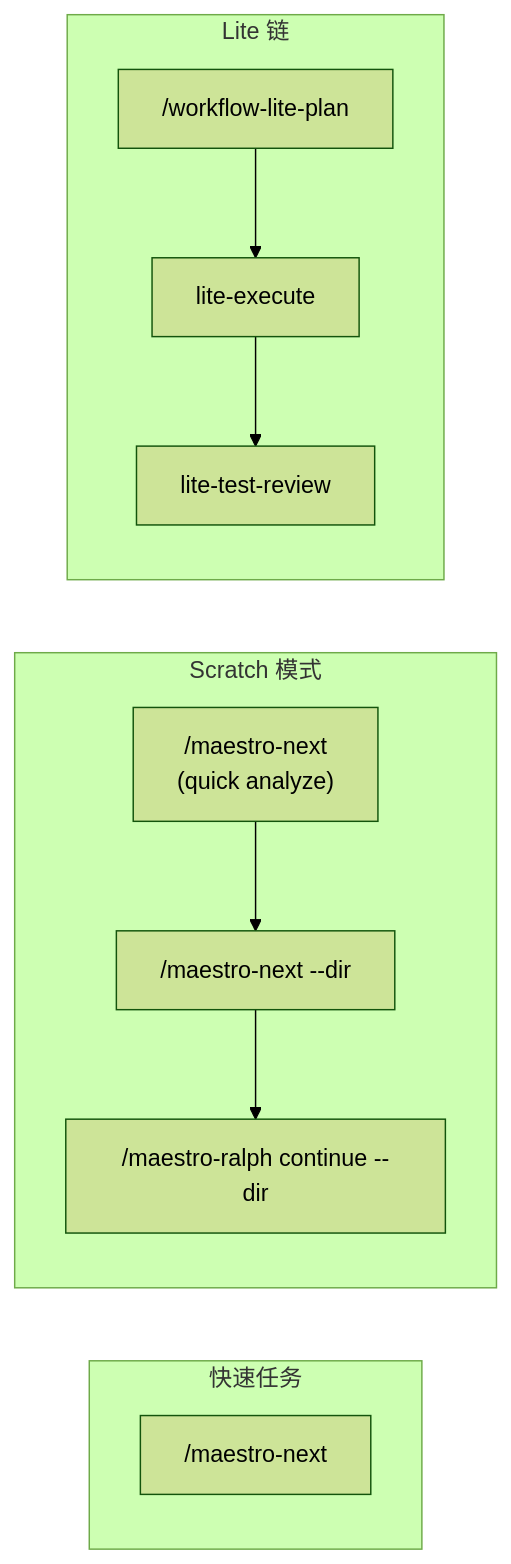
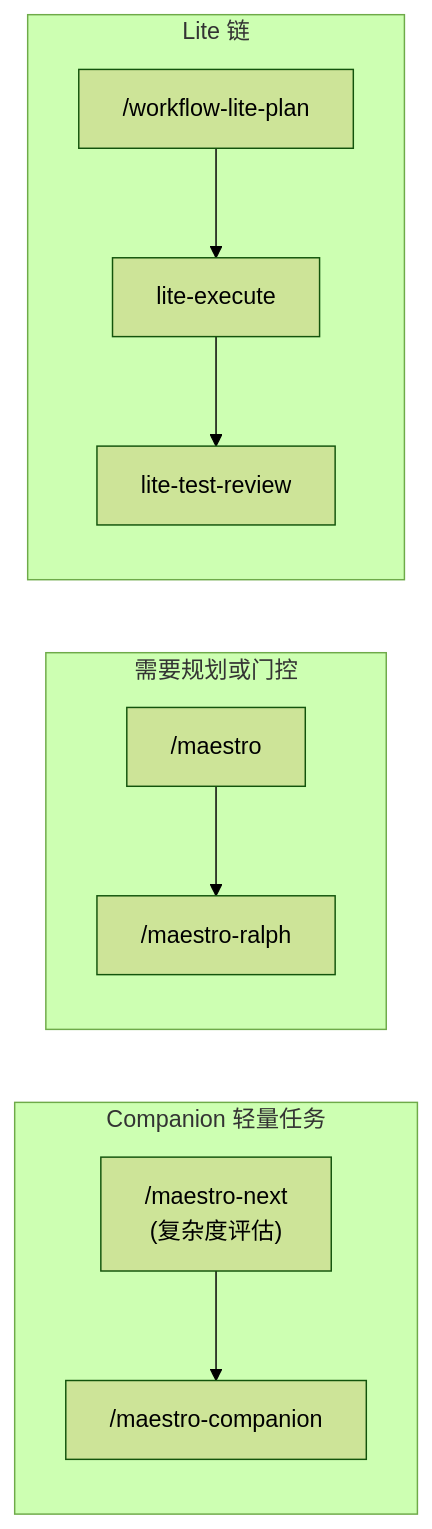
Before and after one commit to catlog22/maestro-flow: the ninth of 9 diagrams in docs/command-usage-guide.md, drawn with Mermaid (forest theme). The commit also changed other lines of this file and 383 other files, not shown here.

````diff
--- a/docs/command-usage-guide.md
+++ b/docs/command-usage-guide.md
@@ -605,16 +604,15 @@
 ```mermaid
 graph LR
-    subgraph quick["快速任务"]
-        MQ["/maestro-next"]
+    subgraph companion["Companion 轻量任务"]
+        MQ["/maestro-next<br>(复杂度评估)"] --> MC["/maestro-companion"]
     end
 
-    subgraph scratch["Scratch 模式"]
-        AQ["/maestro-next<br>(quick analyze)"] --> PD["/maestro-next --dir"]
-        PD --> ED["/maestro-ralph continue --dir"]
+    subgraph standard["需要规划或门控"]
+        MS["/maestro"] --> MR["/maestro-ralph"]
     end
 
     subgraph lite["Lite 链"]
         LP["/workflow-lite-plan"] --> LE[lite-execute]
         LE --> LT[lite-test-review]
     end
 ```
````
